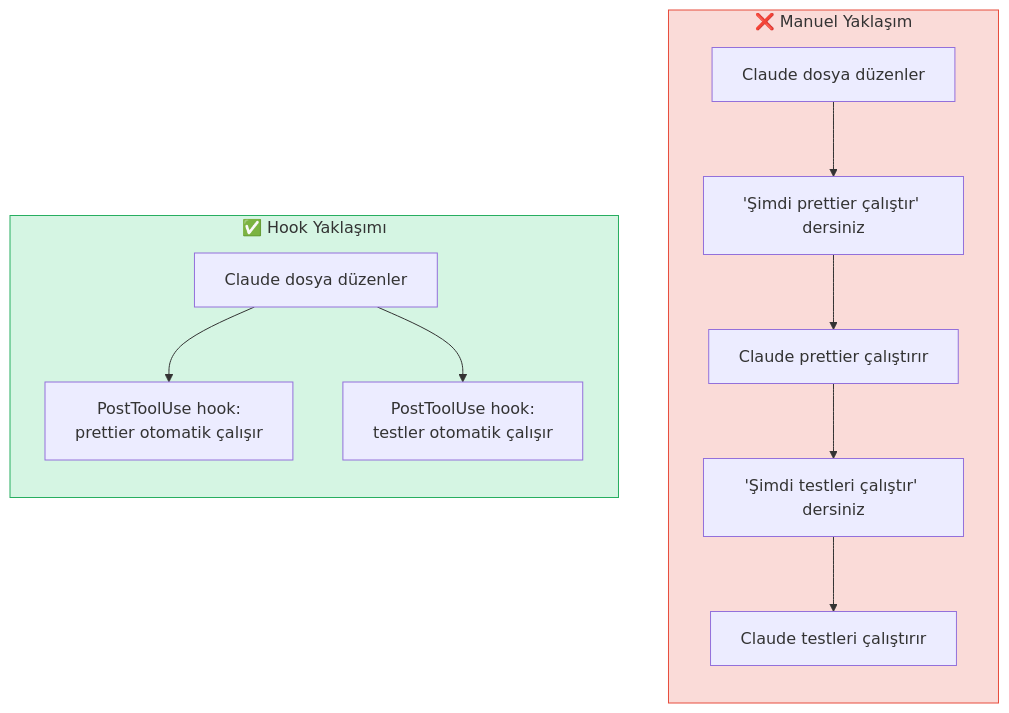
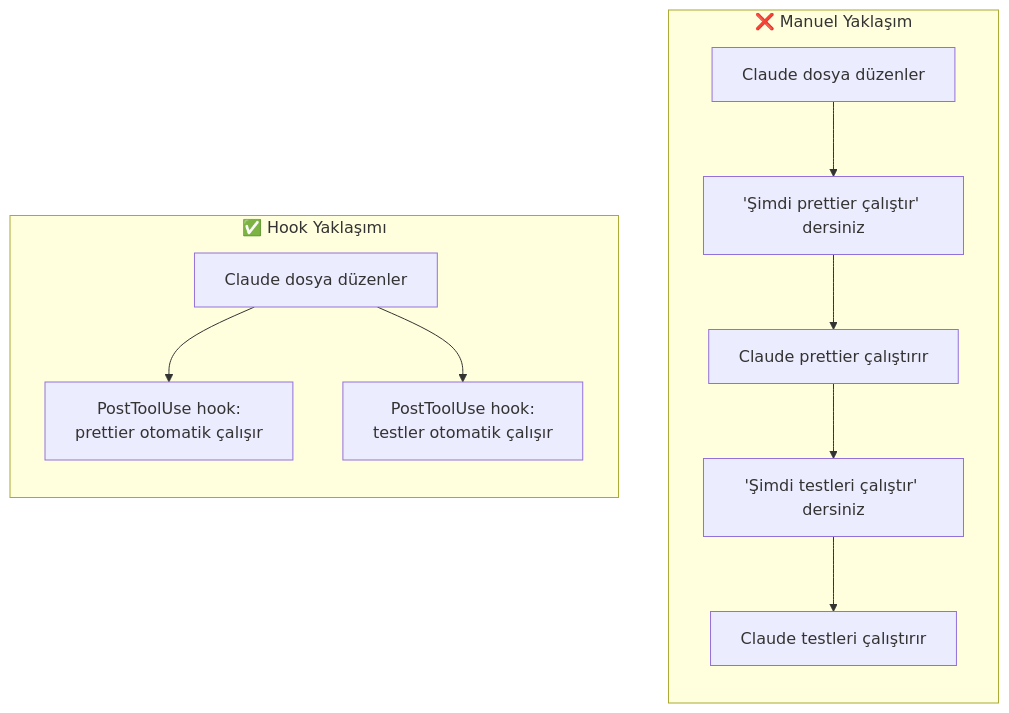
The fifth of 5 diagrams in 14-hooks-ve-otomasyon/01-hooks-nedir.md (IzzetYasinAtes/ClaudeCodeHandbook), drawn with Mermaid before and after one commit. The commit also changed other lines of this file and 97 other files, not shown here.

Commit message:
Remove all custom Mermaid style/fill colors from 98 markdown files for consistent dark theme rendering

````diff
--- a/14-hooks-ve-otomasyon/01-hooks-nedir.md
+++ b/14-hooks-ve-otomasyon/01-hooks-nedir.md
@@ -266,24 +260,22 @@
 ```mermaid
 flowchart TB
     subgraph manuel ["❌ Manuel Yaklaşım"]
         direction TB
         M1["Claude dosya düzenler"]
         M2["'Şimdi prettier çalıştır' dersiniz"]
         M3["Claude prettier çalıştırır"]
         M4["'Şimdi testleri çalıştır' dersiniz"]
         M5["Claude testleri çalıştırır"]
         M1 --> M2 --> M3 --> M4 --> M5
     end
 
     subgraph hooks ["✅ Hook Yaklaşımı"]
         direction TB
         H1["Claude dosya düzenler"]
         H2["PostToolUse hook:<br/>prettier otomatik çalışır"]
         H3["PostToolUse hook:<br/>testler otomatik çalışır"]
         H1 --> H2
         H1 --> H3
     end
 
-    style manuel fill:#FADBD8,stroke:#E74C3C
-    style hooks fill:#D5F5E3,stroke:#27AE60
 ```
````
